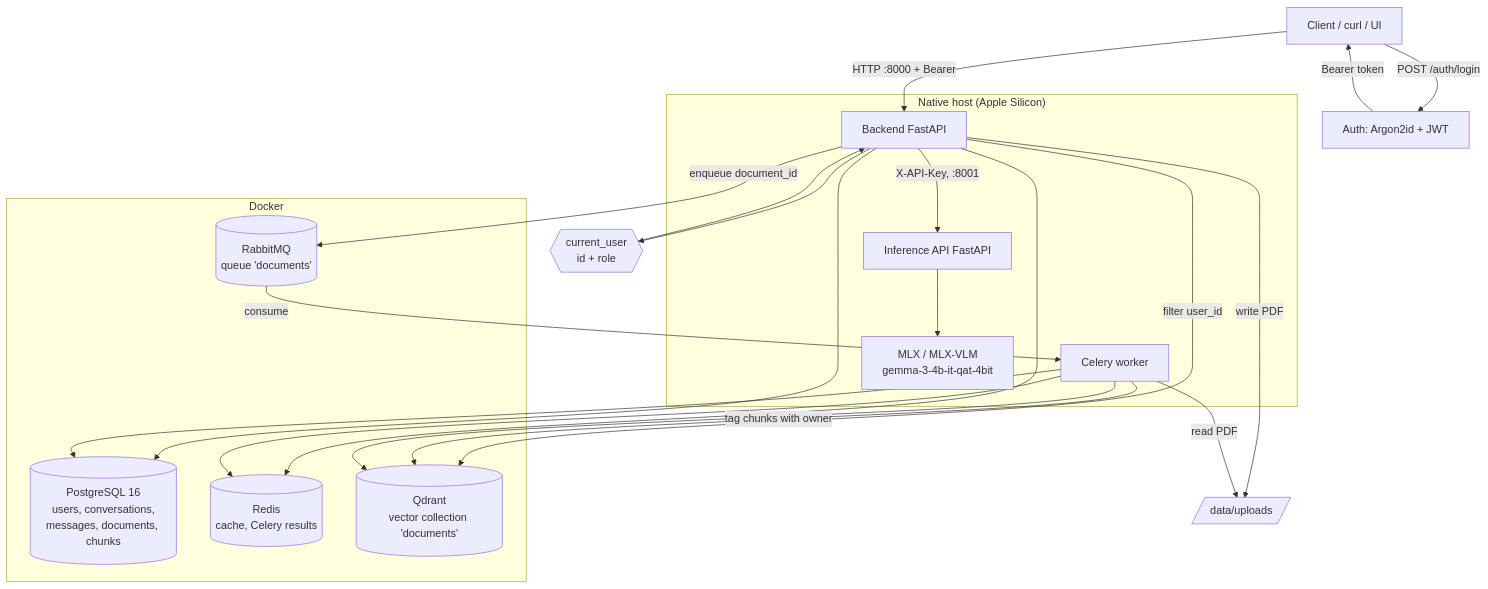
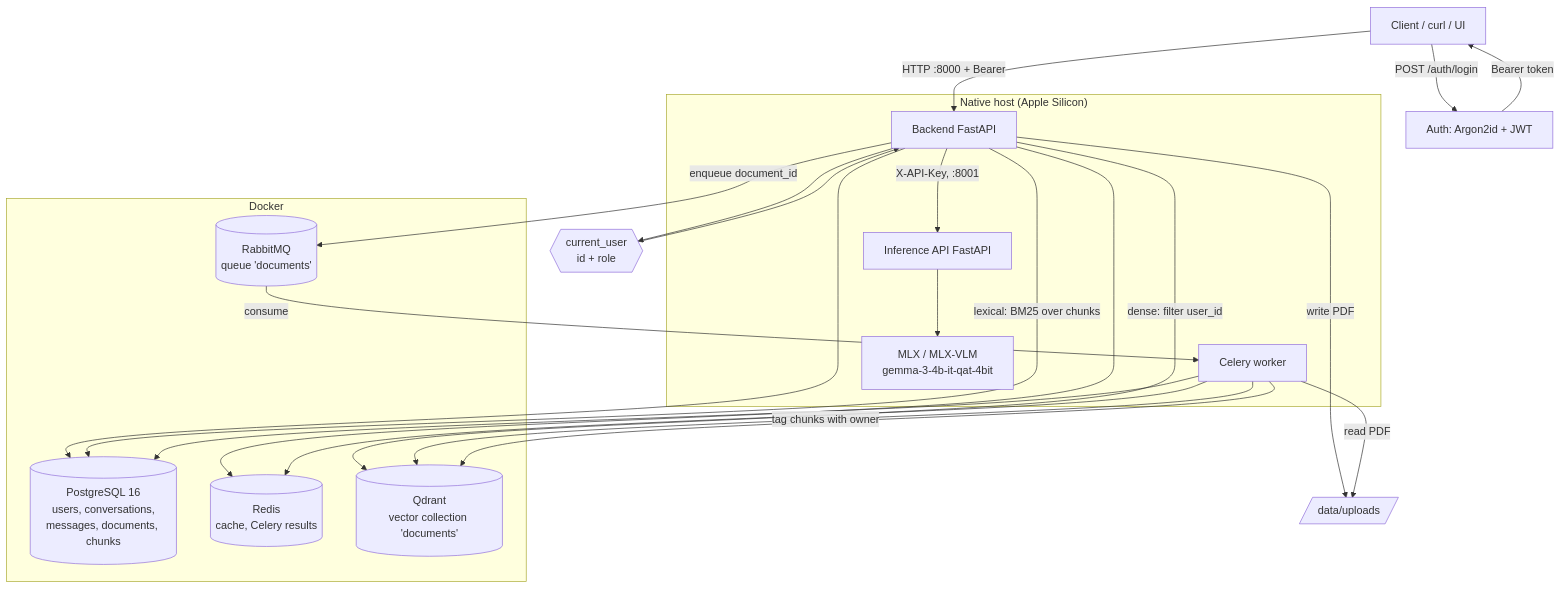
The first of 5 diagrams in README.md (BortnikMaxim/private-ai-platform), drawn with Mermaid before and after one commit. The commit also changed other lines of this file and 19 other files, not shown here.

````diff
--- a/README.md
+++ b/README.md
@@ -20,40 +20,41 @@
 ```mermaid
 flowchart TD
     Client[Client / curl / UI]
 
     Client -->|POST /auth/login| Auth[Auth: Argon2id + JWT]
     Auth -->|Bearer token| Client
     Client -->|HTTP :8000 + Bearer| Backend[Backend FastAPI]
     Backend --> Principal{{current_user<br/>id + role}}
     Principal --> Backend
 
     Backend --> Postgres[(PostgreSQL 16<br/>users, conversations,<br/>messages, documents, chunks)]
     Backend --> Redis[(Redis<br/>cache, Celery results)]
-    Backend -->|filter user_id| Qdrant[(Qdrant<br/>vector collection 'documents')]
+    Backend -->|dense: filter user_id| Qdrant[(Qdrant<br/>vector collection 'documents')]
+    Backend -->|lexical: BM25 over chunks| Postgres
     Backend -->|X-API-Key, :8001| Inference[Inference API FastAPI]
     Backend -->|enqueue document_id| Rabbit[(RabbitMQ<br/>queue 'documents')]
     Backend -->|write PDF| Files[/data/uploads/]
 
     Rabbit -->|consume| Worker[Celery worker]
     Worker -->|read PDF| Files
     Worker -->|tag chunks with owner| Qdrant
     Worker --> Postgres
     Worker --> Qdrant
     Worker --> Redis
 
     Inference --> MLX[MLX / MLX-VLM<br/>gemma-3-4b-it-qat-4bit]
 
     subgraph Docker
         Postgres
         Redis
         Qdrant
         Rabbit
     end
 
     subgraph "Native host (Apple Silicon)"
         Backend
         Worker
         Inference
         MLX
     end
 ```
````
